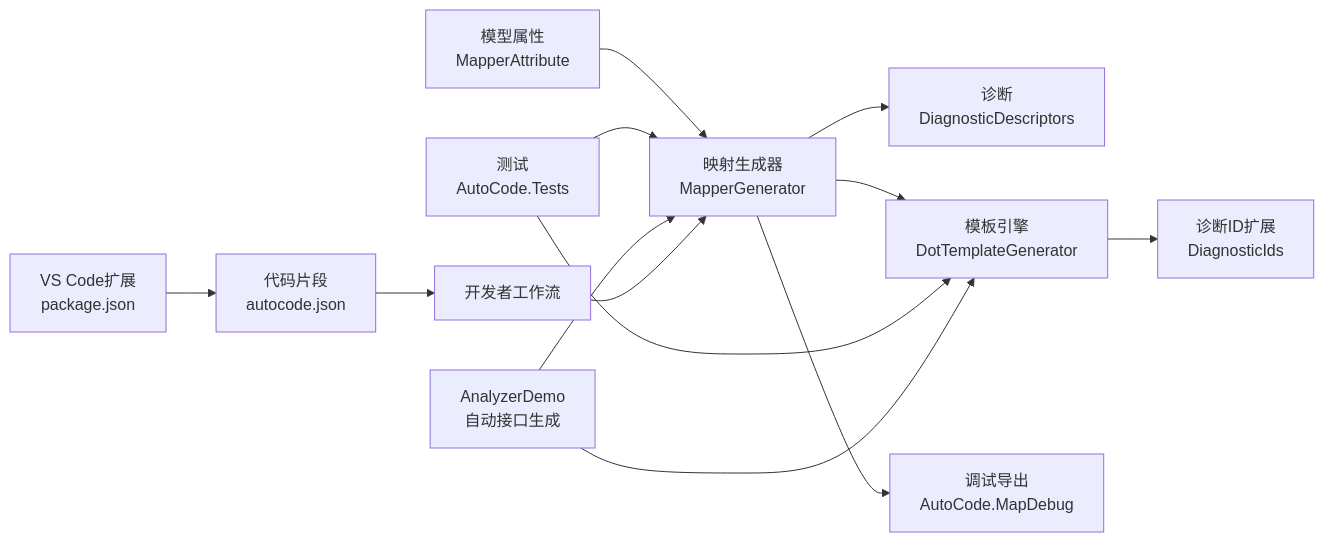
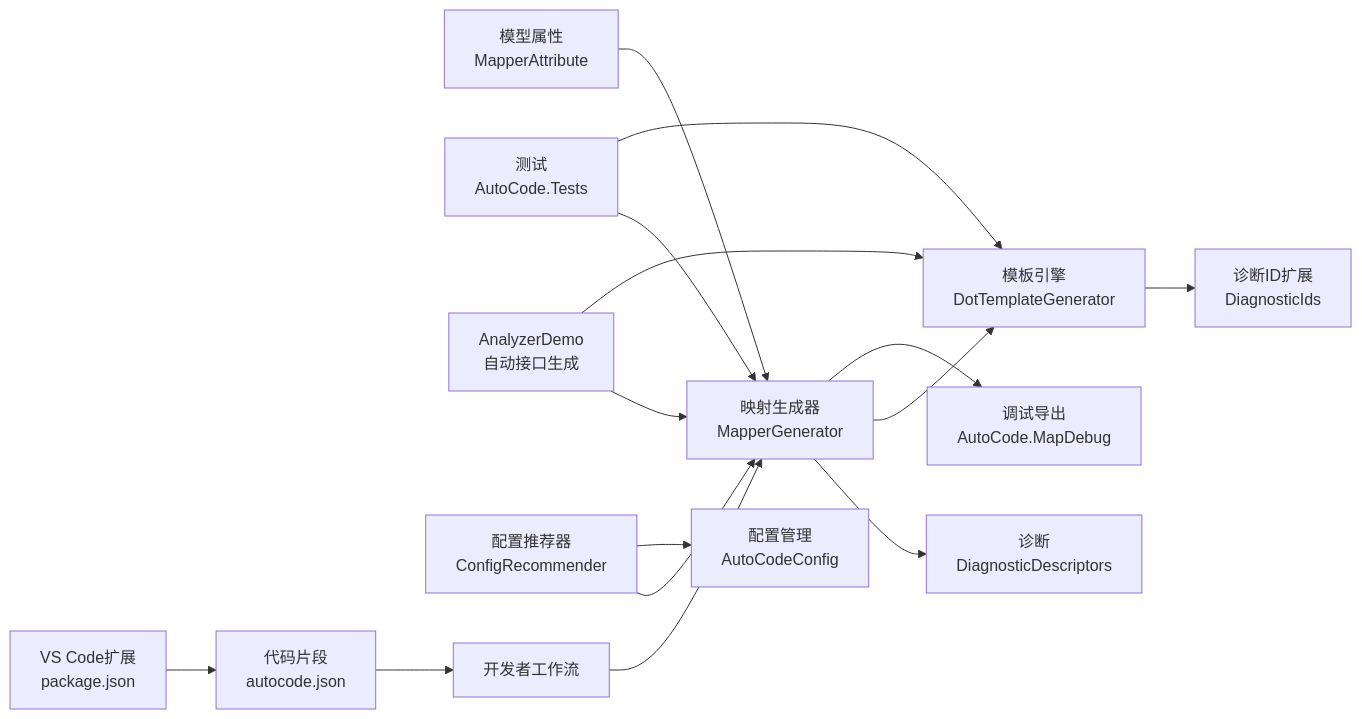
The fourth of 4 diagrams in .qoder/repowiki/zh/content/调试与诊断/调试与诊断.md (alivy/AutoCode), drawn with Mermaid before and after one commit. The commit also changed other lines of this file and 53 other files, not shown here.

````diff
--- a/.qoder/repowiki/zh/content/调试与诊断/调试与诊断.md
+++ b/.qoder/repowiki/zh/content/调试与诊断/调试与诊断.md
@@ -308,15 +348,17 @@
 ```mermaid
 graph LR
 Attr["模型属性<br/>MapperAttribute"] --> Gen["映射生成器<br/>MapperGenerator"]
 Gen --> Diag["诊断<br/>DiagnosticDescriptors"]
 Gen --> Tpl["模板引擎<br/>DotTemplateGenerator"]
 Tpl --> DiagExt["诊断ID扩展<br/>DiagnosticIds"]
 Gen --> Debug["调试导出<br/>AutoCode.MapDebug"]
 Tests["测试<br/>AutoCode.Tests"] --> Gen
 Tests --> Tpl
 ADemo["AnalyzerDemo<br/>自动接口生成"] --> Gen
 ADemo --> Tpl
+ConfigRec["配置推荐器<br/>ConfigRecommender"] --> Gen
+ConfigRec --> ConfigMgr["配置管理<br/>AutoCodeConfig"]
 VSC["VS Code扩展<br/>package.json"] --> Snip["代码片段<br/>autocode.json"]
 Snip --> Dev["开发者工作流"]
 Dev --> Gen
 ```
````
